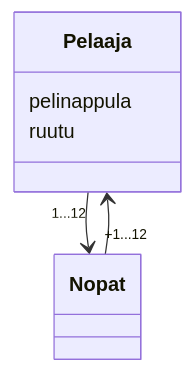
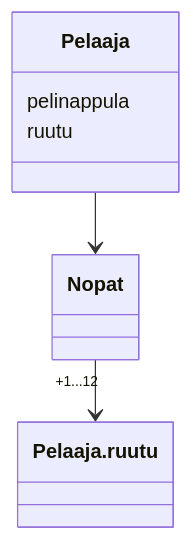
Before and after one commit to alumppio/ot-harjoitustyo: the diagram in laskarit/viikko3/monopoli.md, drawn with Mermaid.

Commit message:
monopoli.md

````diff
--- a/laskarit/viikko3/monopoli.md
+++ b/laskarit/viikko3/monopoli.md
@@ -3,14 +3,14 @@
 ```mermaid 
 
   classDiagram
-      Pelaaja "1...12" --> Nopat
-      Nopat "+1...12" --> Pelaaja
+      Pelaaja --> Nopat
+      Nopat "+1...12" --> Pelaaja.ruutu
 
 
 
       class Pelaaja{
           pelinappula
           ruutu
       }    
 
 ```
````
